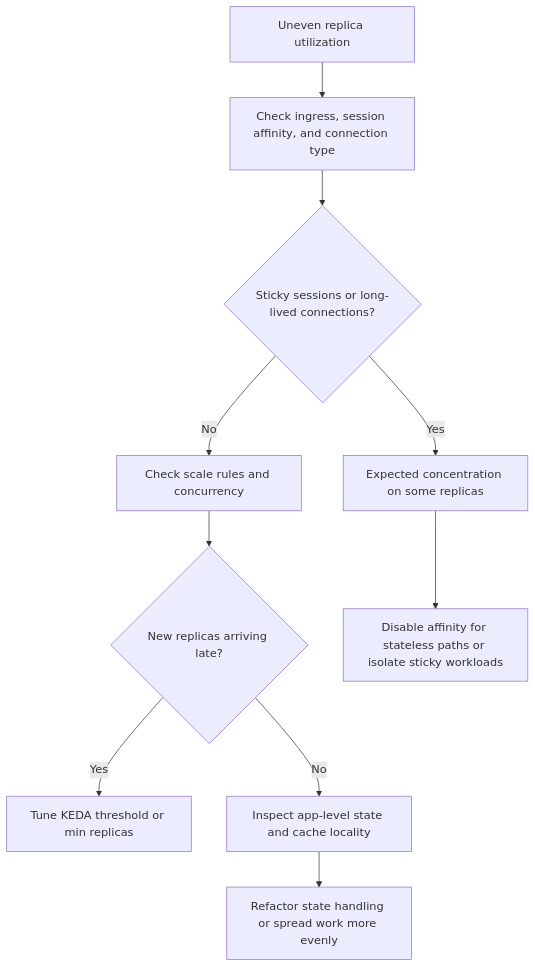
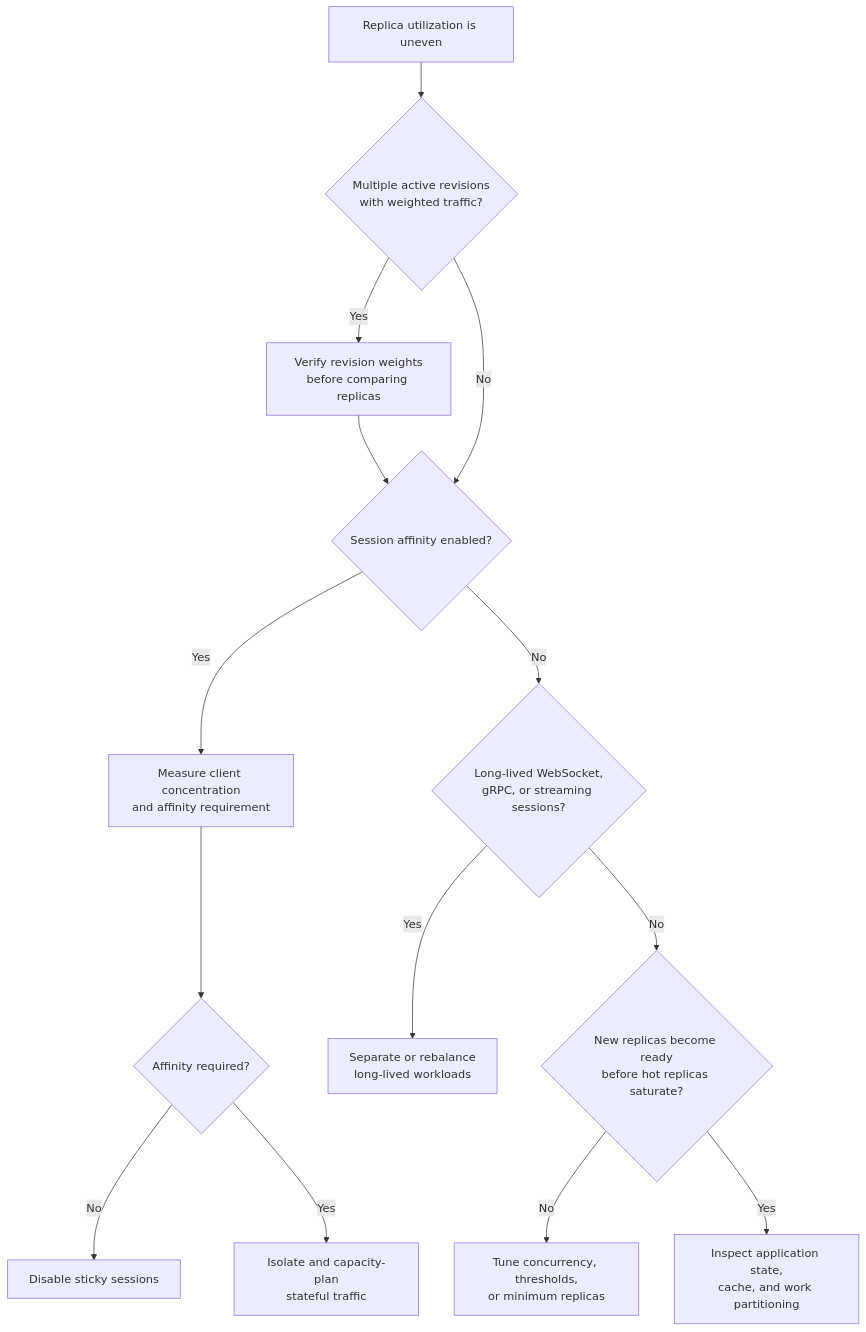
Before and after one commit to yeongseon/azure-container-apps-practical-guide: the diagram in docs/troubleshooting/playbooks/scaling-and-runtime/replica-load-imbalance.md, drawn with Mermaid. The commit also changed other lines of this file and 28 other files, not shown here.

Commit message:
docs(diagrams): migrate playbook diagnostic flows (#627)

````diff
--- a/docs/troubleshooting/playbooks/scaling-and-runtime/replica-load-imbalance.md
+++ b/docs/troubleshooting/playbooks/scaling-and-runtime/replica-load-imbalance.md
@@ -48,12 +48,19 @@
 ```mermaid
 flowchart TD
-    A[Uneven replica utilization] --> B[Check ingress, session affinity, and connection type]
-    B --> C{Sticky sessions or long-lived connections?}
-    C -->|Yes| D[Expected concentration on some replicas]
-    C -->|No| E[Check scale rules and concurrency]
-    E --> F{New replicas arriving late?}
-    F -->|Yes| G[Tune KEDA threshold or min replicas]
-    F -->|No| H[Inspect app-level state and cache locality]
-    D --> I[Disable affinity for stateless paths or isolate sticky workloads]
-    H --> J[Refactor state handling or spread work more evenly]
+    accTitle: Diagnose uneven load across replicas
+    accDescr: Separate revision traffic weights from replica-level routing, then test session affinity, long-lived connections, scaler timing, and application state locality.
+
+    START[Replica utilization is uneven] --> REVISION{Multiple active revisions<br/>with weighted traffic?}
+    REVISION -->|Yes| WEIGHTS[Verify revision weights<br/>before comparing replicas]
+    REVISION -->|No| AFFINITY{Session affinity enabled?}
+    WEIGHTS --> AFFINITY
+    AFFINITY -->|Yes| STICKY[Measure client concentration<br/>and affinity requirement]
+    AFFINITY -->|No| CONNECTIONS{Long-lived WebSocket,<br/>gRPC, or streaming sessions?}
+    CONNECTIONS -->|Yes| PINNING[Separate or rebalance<br/>long-lived workloads]
+    CONNECTIONS -->|No| SCALE{New replicas become ready<br/>before hot replicas saturate?}
+    SCALE -->|No| TUNE[Tune concurrency, thresholds,<br/>or minimum replicas]
+    SCALE -->|Yes| STATE[Inspect application state,<br/>cache, and work partitioning]
+    STICKY --> DECIDE{Affinity required?}
+    DECIDE -->|No| DISABLE[Disable sticky sessions]
+    DECIDE -->|Yes| ISOLATE[Isolate and capacity-plan<br/>stateful traffic]
 ```
````
